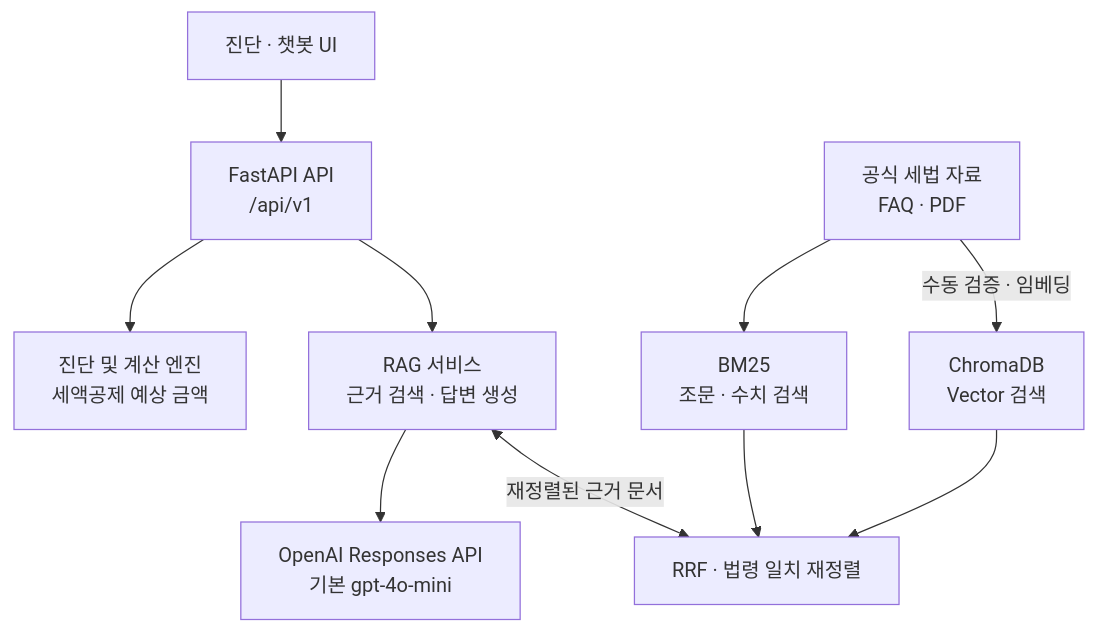
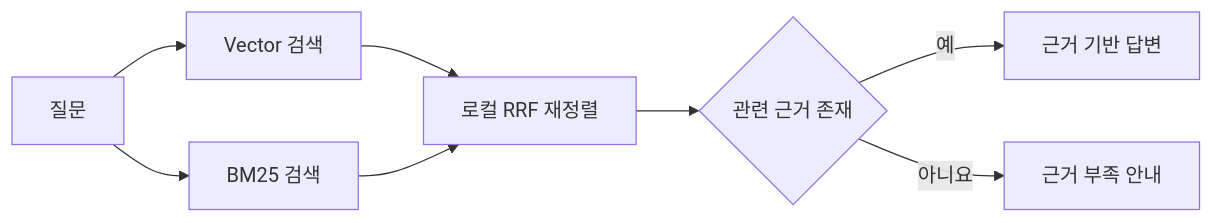
One commit to sijeong0927/pension-tax-assistant changed the second of 2 diagrams in README.md. Above: the diagram before and after it, drawn with Mermaid. The commit also changed other lines of this file and 2 other files, not shown here.

````diff
--- a/README.md
+++ b/README.md
@@ -239,12 +67,10 @@
 ```mermaid
-flowchart TB
-    UI["진단 · 챗봇 UI"] --> API["FastAPI API<br/>/api/v1"]
-    API --> CALC["진단 및 계산 엔진<br/>세액공제 예상 금액"]
-    API --> RAG["RAG 서비스<br/>근거 검색 · 답변 생성"]
-    DATA["공식 세법 자료<br/>FAQ · PDF"] -->|"수동 검증 · 임베딩"| VECTOR["ChromaDB<br/>Vector 검색"]
-    DATA --> BM25["BM25<br/>조문 · 수치 검색"]
-    VECTOR --> RERANK["RRF · 법령 일치 재정렬"]
-    BM25 --> RERANK
-    RAG <-->|"재정렬된 근거 문서"| RERANK
-    RAG --> LLM["OpenAI Responses API<br/>기본 gpt-4o-mini"]
+flowchart LR
+    Q["질문"] --> V["Vector 검색"]
+    Q --> B["BM25 검색"]
+    V --> R["로컬 RRF 재정렬"]
+    B --> R
+    R --> G{"관련 근거 존재"}
+    G -->|"예"| L["근거 기반 답변"]
+    G -->|"아니요"| N["근거 부족 안내"]
 ```
````
